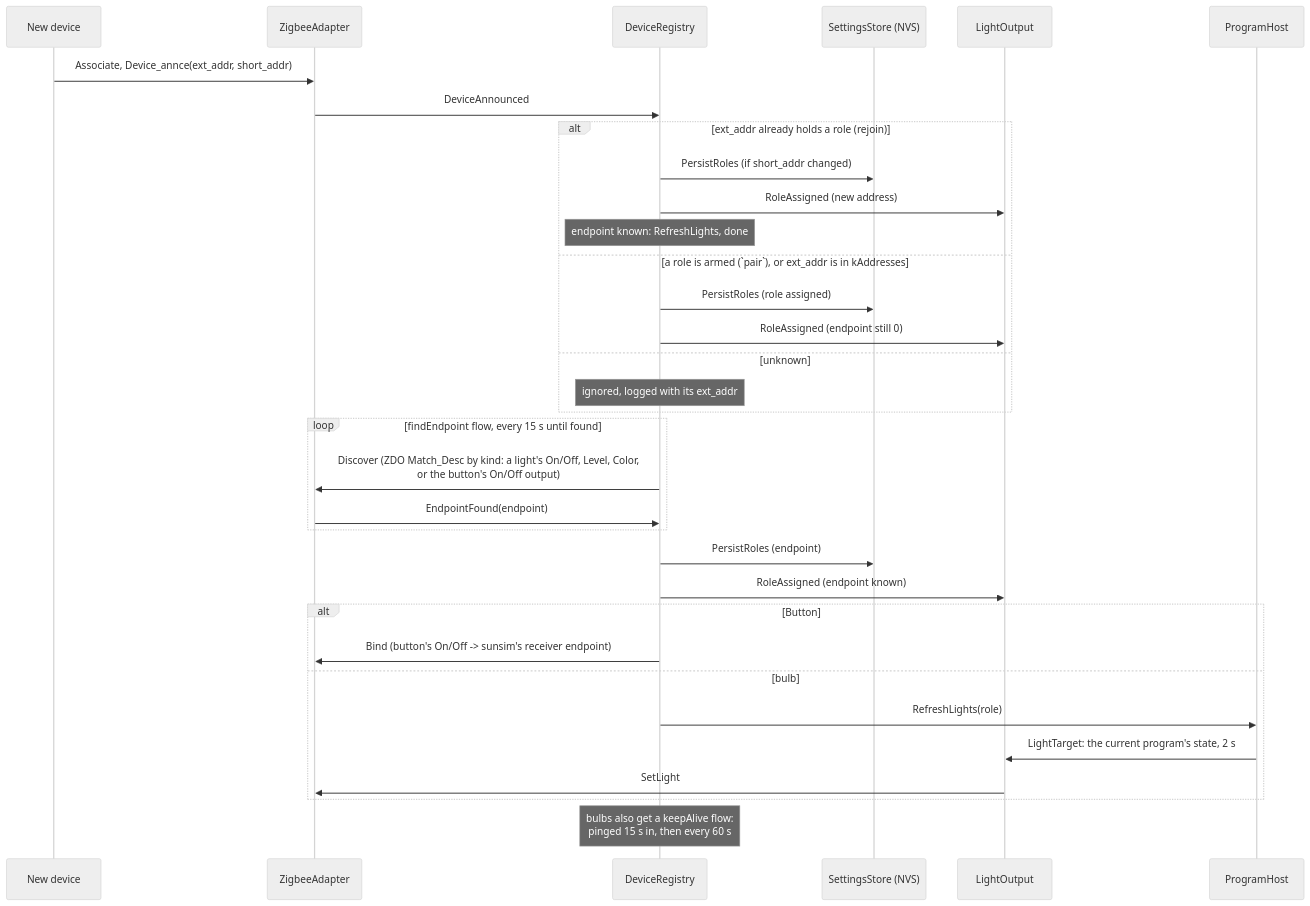
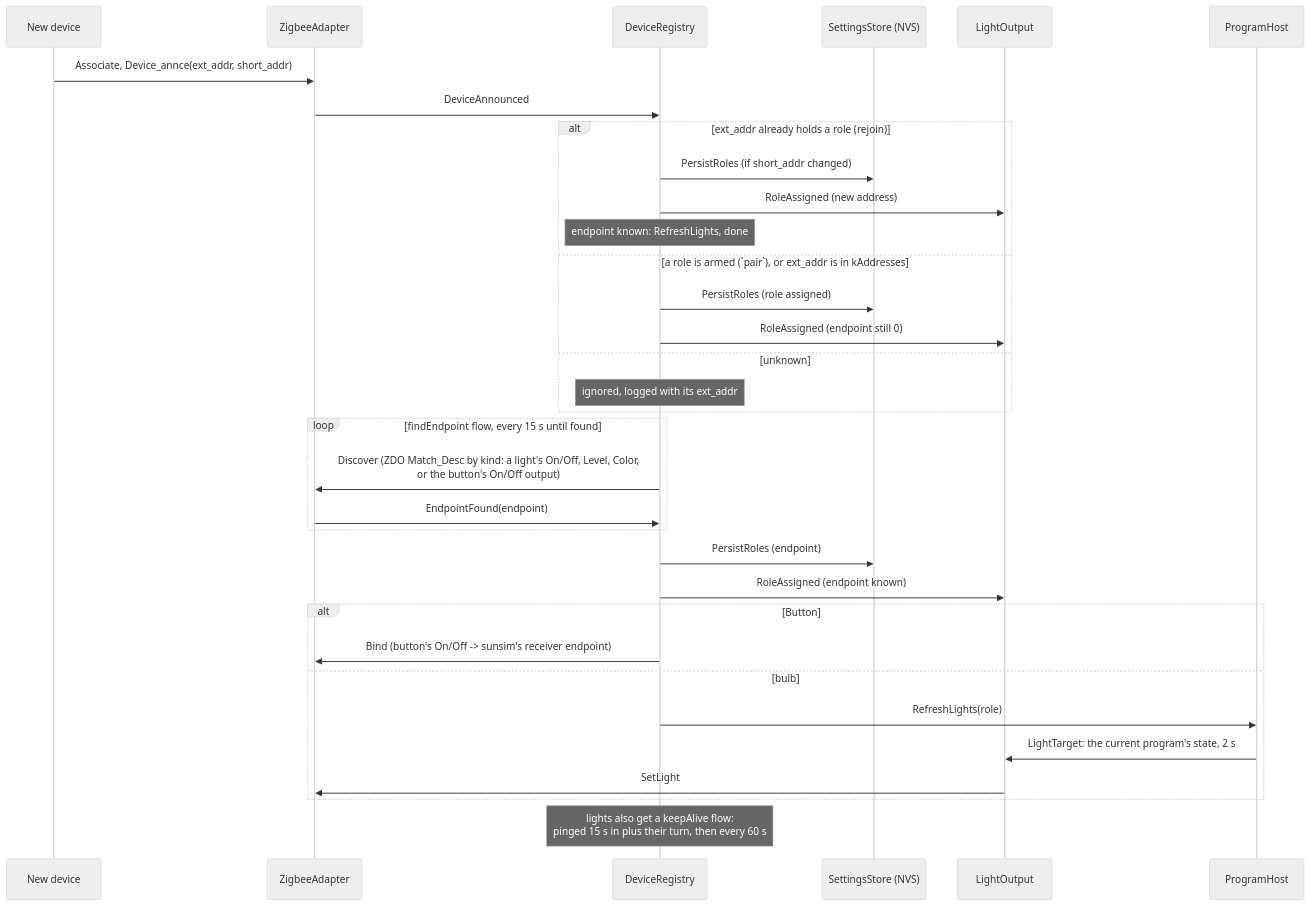
One commit to bjerre/sunsim changed the third of 5 diagrams in DESIGN.md. Above: the diagram before and after it, drawn with Mermaid (neutral theme). The commit also changed other lines of this file and 15 other files, not shown here.

````diff
--- a/DESIGN.md
+++ b/DESIGN.md
@@ -96,39 +96,39 @@
 ```mermaid
 sequenceDiagram
     participant Dev as New device
     participant ZA as ZigbeeAdapter
     participant DR as DeviceRegistry
     participant SS as SettingsStore (NVS)
     participant LO as LightOutput
     participant PH as ProgramHost
 
     Dev->>ZA: Associate, Device_annce(ext_addr, short_addr)
     ZA->>DR: DeviceAnnounced
 
     alt ext_addr already holds a role (rejoin)
         DR->>SS: PersistRoles (if short_addr changed)
         DR->>LO: RoleAssigned (new address)
         Note over DR: endpoint known: RefreshLights, done
     else a role is armed (`pair`), or ext_addr is in kAddresses
         DR->>SS: PersistRoles (role assigned)
         DR->>LO: RoleAssigned (endpoint still 0)
     else unknown
         Note over DR: ignored, logged with its ext_addr
     end
 
     loop findEndpoint flow, every 15 s until found
         DR->>ZA: Discover (ZDO Match_Desc by kind: a light's On/Off, Level, Color,<br/>or the button's On/Off output)
         ZA->>DR: EndpointFound(endpoint)
     end
     DR->>SS: PersistRoles (endpoint)
     DR->>LO: RoleAssigned (endpoint known)
 
     alt Button
         DR->>ZA: Bind (button's On/Off -> sunsim's receiver endpoint)
     else bulb
         DR->>PH: RefreshLights(role)
         PH->>LO: LightTarget: the current program's state, 2 s
         LO->>ZA: SetLight
     end
-    Note over DR: bulbs also get a keepAlive flow:<br/>pinged 15 s in, then every 60 s
+    Note over DR: lights also get a keepAlive flow:<br/>pinged 15 s in plus their turn, then every 60 s
 ```
````
